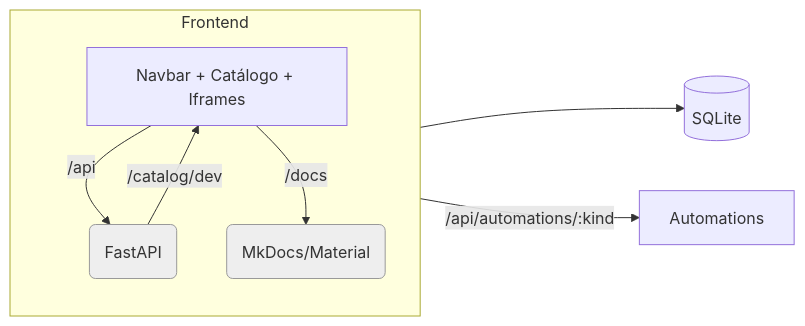
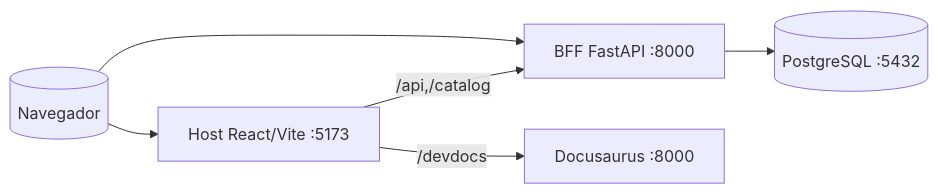
Before and after one commit to oBaldon/portal-agepar: the diagram in apps/docs-site/docs/intro.md, drawn with Mermaid. The commit also changed other lines of this file and 37 other files, not shown here.

````diff
--- a/apps/docs-site/docs/intro.md
+++ b/apps/docs-site/docs/intro.md
@@ -23,21 +21,14 @@
 ```mermaid
 flowchart LR
-  subgraph Frontend
-    direction TB
-    UI[Navbar + Catálogo + Iframes]
-    UI -->|/api| BFF
-    UI -->|/docs| DOCS
-  end
+  Browser[(Navegador)]
+  Host[Host React/Vite :5173]
+  BFF[BFF FastAPI :8000]
+  Docs[Docusaurus :8000]
+  PG[(PostgreSQL :5432)]
 
-  BFF(FastAPI)
-  DOCS(MkDocs/Material)
-  DB[(SQLite)]
-  AUTO[Automations]
-
-  BFF --> DB
-  BFF -->|/catalog/dev| UI
-  BFF -->|/api/automations/:kind| AUTO
-
-  classDef svc fill:#eee,stroke:#999,rx:6,ry:6
-  class BFF,DOCS svc
+  Browser --> Host
+  Browser --> BFF
+  Host -->|/api,/catalog| BFF
+  Host -->|/devdocs| Docs
+  BFF --> PG
 ```
````
